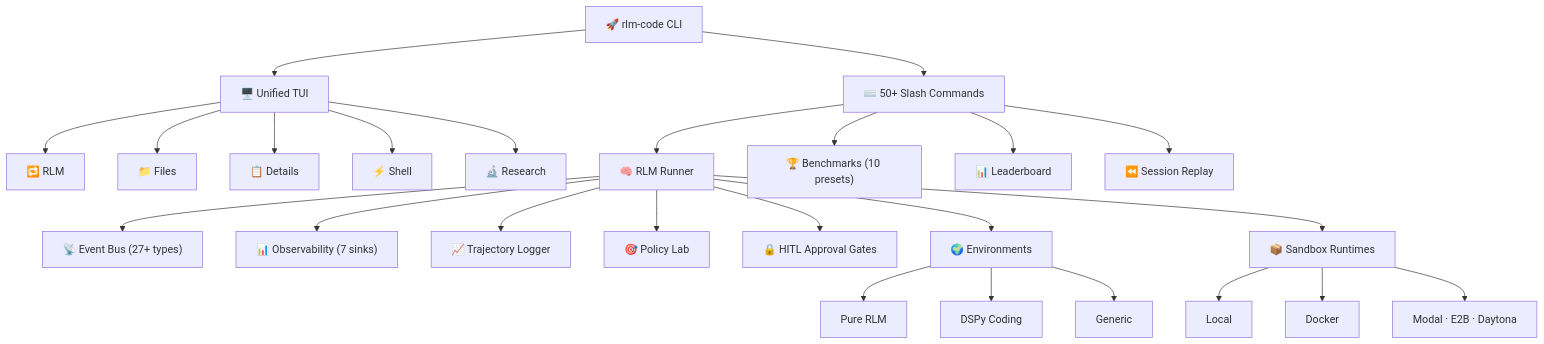
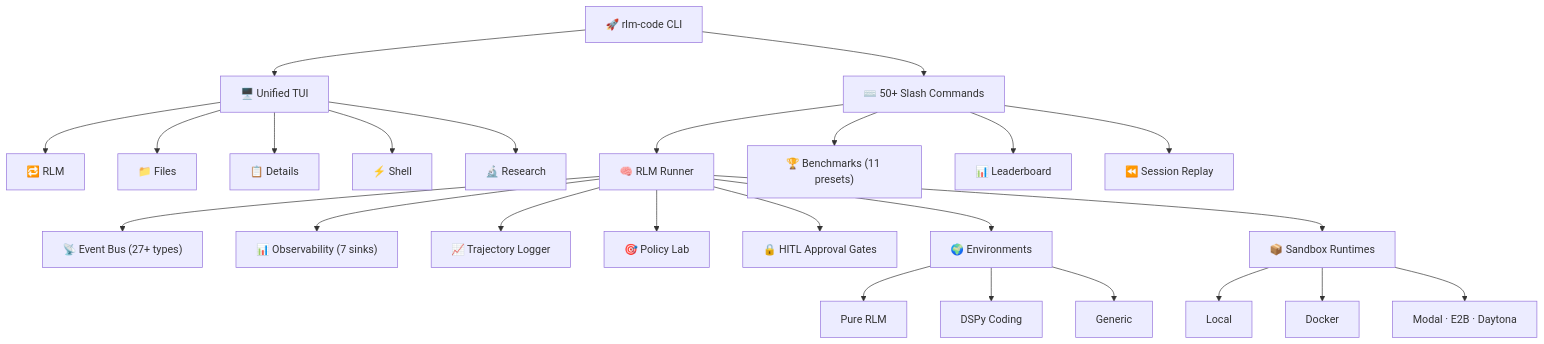
One commit to SuperagenticAI/rlm-code changed the diagram in docs/index.md. Above: the diagram before and after it, drawn with Mermaid. The commit also changed other lines of this file and 45 other files, not shown here.

````diff
--- a/docs/index.md
+++ b/docs/index.md
@@ -154,33 +161,33 @@
 ```mermaid
 graph TB
     CLI["🚀 rlm-code CLI"]
     CLI --> TUI["🖥️ Unified TUI"]
     TUI --> RLM["🔁 RLM"]
     TUI --> FILES["📁 Files"]
     TUI --> DETAILS["📋 Details"]
     TUI --> SHELL["⚡ Shell"]
     TUI --> RESEARCH["🔬 Research"]
 
     CLI --> CMD["⌨️ 50+ Slash Commands"]
 
     CMD --> RUNNER["🧠 RLM Runner"]
     RUNNER --> EVENTS["📡 Event Bus (27+ types)"]
     RUNNER --> OBS["📊 Observability (7 sinks)"]
     RUNNER --> TRAJ["📈 Trajectory Logger"]
     RUNNER --> POL["🎯 Policy Lab"]
     RUNNER --> HITL["🔒 HITL Approval Gates"]
 
     RUNNER --> ENV["🌍 Environments"]
     ENV --> PURE["Pure RLM"]
     ENV --> DSPY["DSPy Coding"]
     ENV --> GEN["Generic"]
 
     RUNNER --> SAND["📦 Sandbox Runtimes"]
     SAND --> LOCAL["Local"]
     SAND --> DOCKER["Docker"]
     SAND --> CLOUD["Modal · E2B · Daytona"]
 
-    CMD --> BENCH["🏆 Benchmarks (10 presets)"]
+    CMD --> BENCH["🏆 Benchmarks (11 presets)"]
     CMD --> LB["📊 Leaderboard"]
     CMD --> SR["⏪ Session Replay"]
 ```
````
